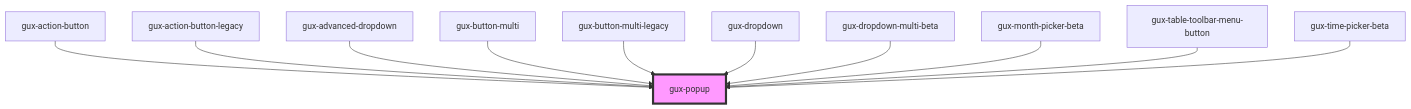
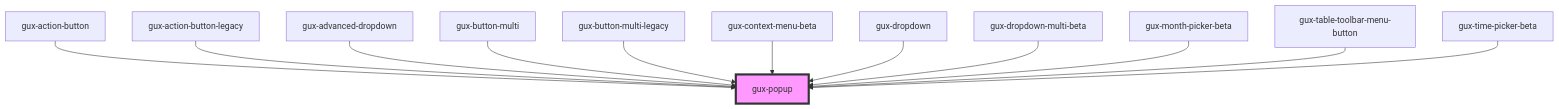
Before and after one commit to MyPureCloud/genesys-spark: the diagram in src/components/stable/gux-popup/readme.md, drawn with Mermaid. The commit also changed other lines of this file and 14 other files, not shown here.

First line of the commit message:
feat(context-menu): add new webcomponent

````diff
--- a/src/components/stable/gux-popup/readme.md
+++ b/src/components/stable/gux-popup/readme.md
@@ -48,14 +49,15 @@
 ```mermaid
 graph TD;
   gux-action-button --> gux-popup
   gux-action-button-legacy --> gux-popup
   gux-advanced-dropdown --> gux-popup
   gux-button-multi --> gux-popup
   gux-button-multi-legacy --> gux-popup
+  gux-context-menu-beta --> gux-popup
   gux-dropdown --> gux-popup
   gux-dropdown-multi-beta --> gux-popup
   gux-month-picker-beta --> gux-popup
   gux-table-toolbar-menu-button --> gux-popup
   gux-time-picker-beta --> gux-popup
   style gux-popup fill:#f9f,stroke:#333,stroke-width:4px
 ```
````
